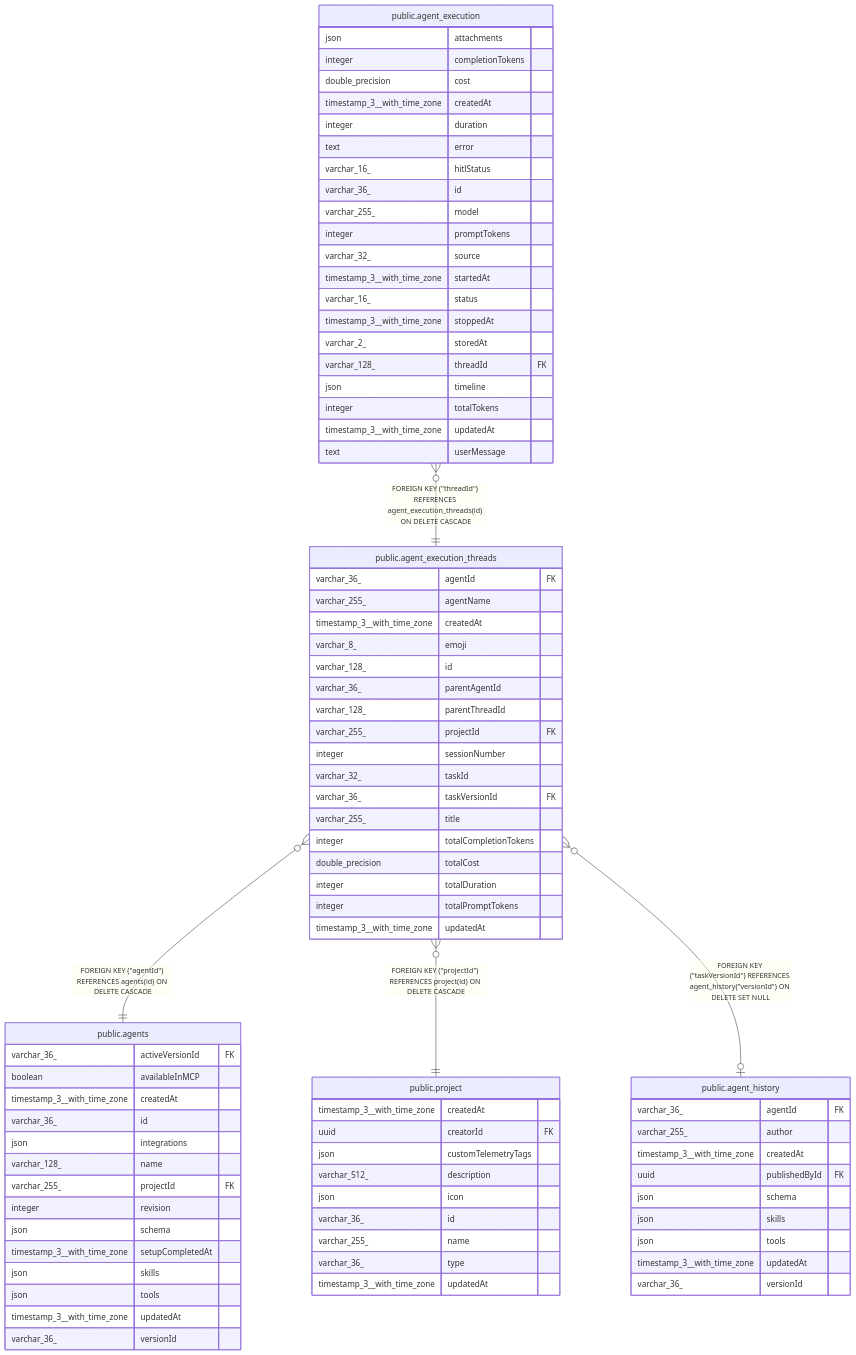
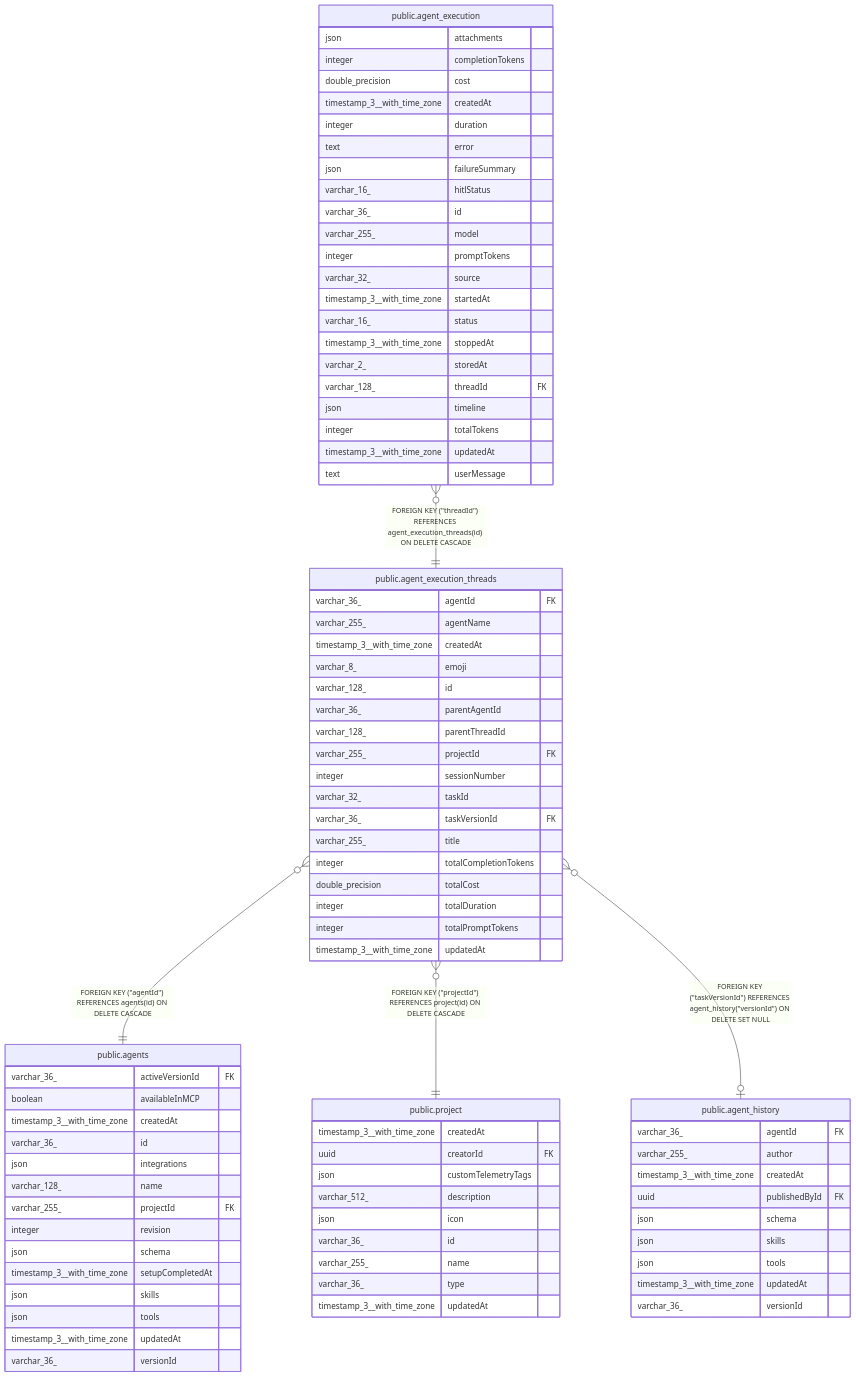
The diagram in mcp/servers/n8n/docs/generated/postgres-schema/public.agent_execution_threads.md (welcomelwd/every-skill), drawn with Mermaid before and after one commit. The commit also changed 8770 other files, not shown here.

```diff
--- a/mcp/servers/n8n/docs/generated/postgres-schema/public.agent_execution_threads.md
+++ b/mcp/servers/n8n/docs/generated/postgres-schema/public.agent_execution_threads.md
@@ -103,6 +103,7 @@
   timestamp_3__with_time_zone createdAt
   integer duration
   text error
+  json failureSummary
   varchar_16_ hitlStatus
   varchar_36_ id
   varchar_255_ model
```
